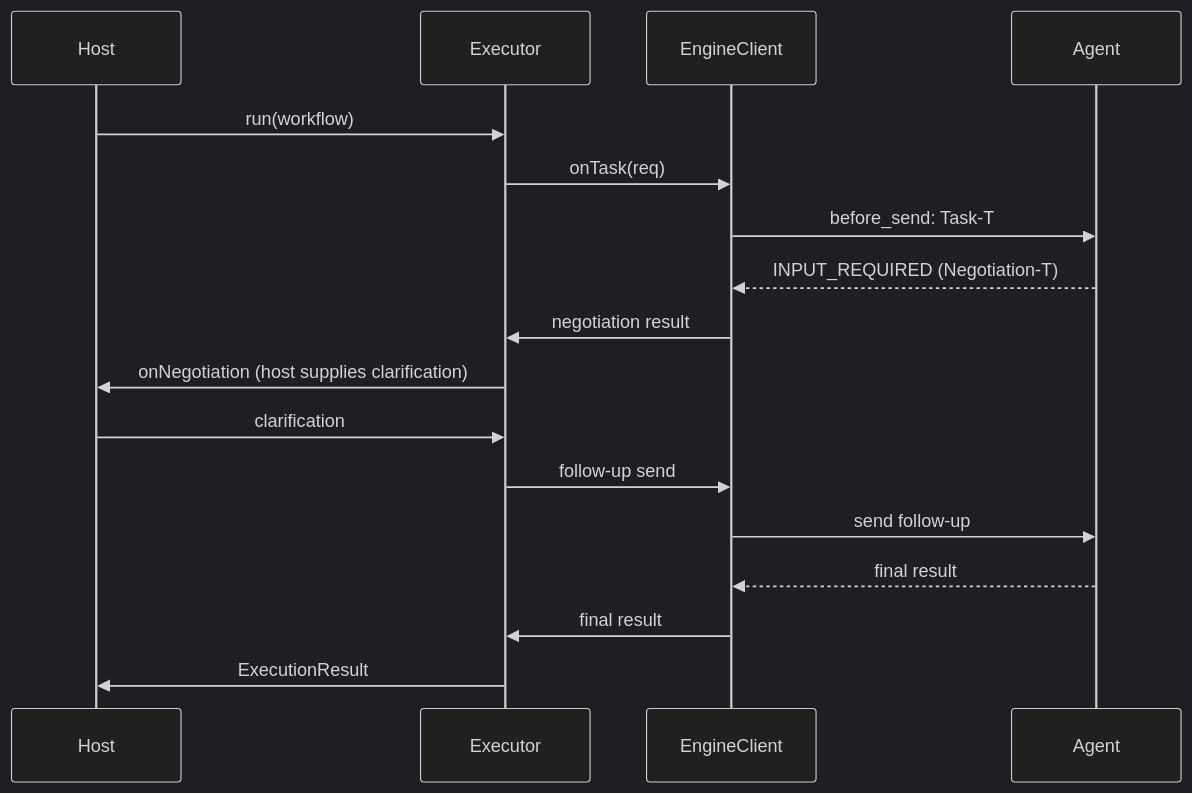
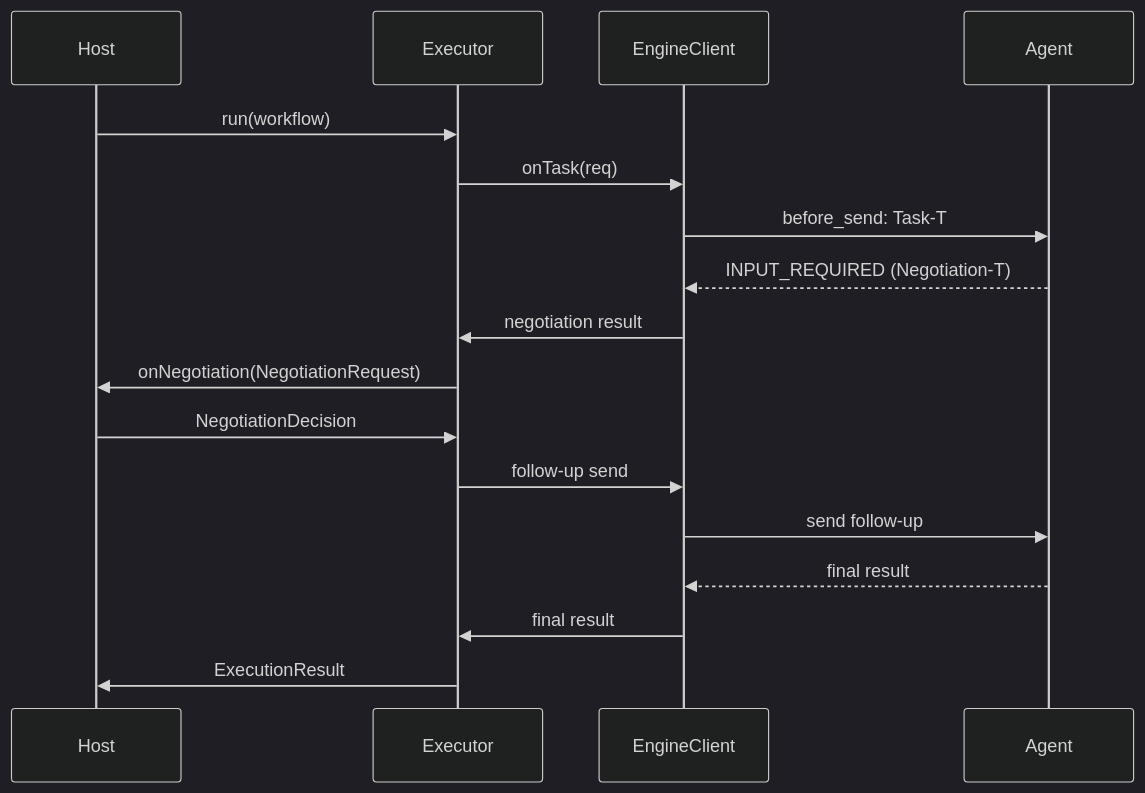
Before and after one commit to Zhoujie628/workflow-engine-sdk-java: the third of 5 diagrams in docs/en/DESIGN.md, drawn with Mermaid (dark theme). The commit also changed other lines of this file and 36 other files, not shown here.

````diff
--- a/docs/en/DESIGN.md
+++ b/docs/en/DESIGN.md
@@ -238,20 +238,20 @@
 ```mermaid
 sequenceDiagram
     participant H as Host
     participant E as Executor
     participant C as EngineClient
     participant A as Agent
 
     H->>E: run(workflow)
     E->>C: onTask(req)
     C->>A: before_send: Task-T
     A-->>C: INPUT_REQUIRED (Negotiation-T)
     C->>E: negotiation result
-    E->>H: onNegotiation (host supplies clarification)
-    H->>E: clarification
+    E->>H: onNegotiation(NegotiationRequest)
+    H->>E: NegotiationDecision
     E->>C: follow-up send
     C->>A: send follow-up
     A-->>C: final result
     C->>E: final result
     E->>H: ExecutionResult
 ```
````
